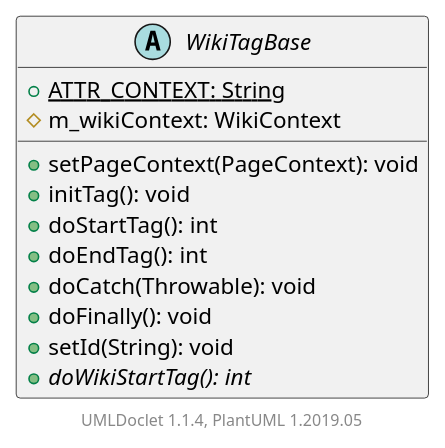
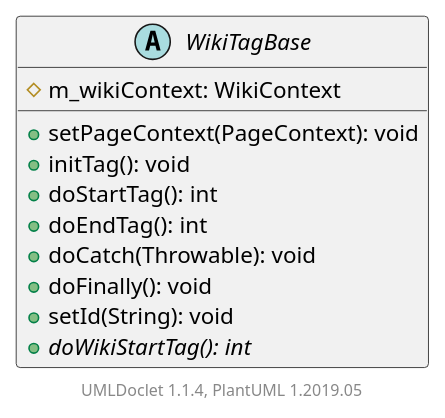
The diagram in apidocs/2.11.0.M7-SNAPSHOT/org/apache/wiki/tags/WikiTagBase.puml (apache/jspwiki-site), drawn with PlantUML before and after one commit. The commit also changed 1630 other files, not shown here.

```diff
--- a/apidocs/2.11.0.M7-SNAPSHOT/org/apache/wiki/tags/WikiTagBase.puml
+++ b/apidocs/2.11.0.M7-SNAPSHOT/org/apache/wiki/tags/WikiTagBase.puml
@@ -1,18 +1,17 @@
 @startuml
 
     abstract class WikiTagBase [[WikiTagBase.html]] {
-        {static} +ATTR_CONTEXT: String
         #m_wikiContext: WikiContext
         +setPageContext(PageContext): void
         +initTag(): void
         +doStartTag(): int
         +doEndTag(): int
         +doCatch(Throwable): void
         +doFinally(): void
         +setId(String): void
         {abstract} +doWikiStartTag(): int
     }
 
 
     center footer UMLDoclet 1.1.4, PlantUML 1.2019.05
 @enduml
```
